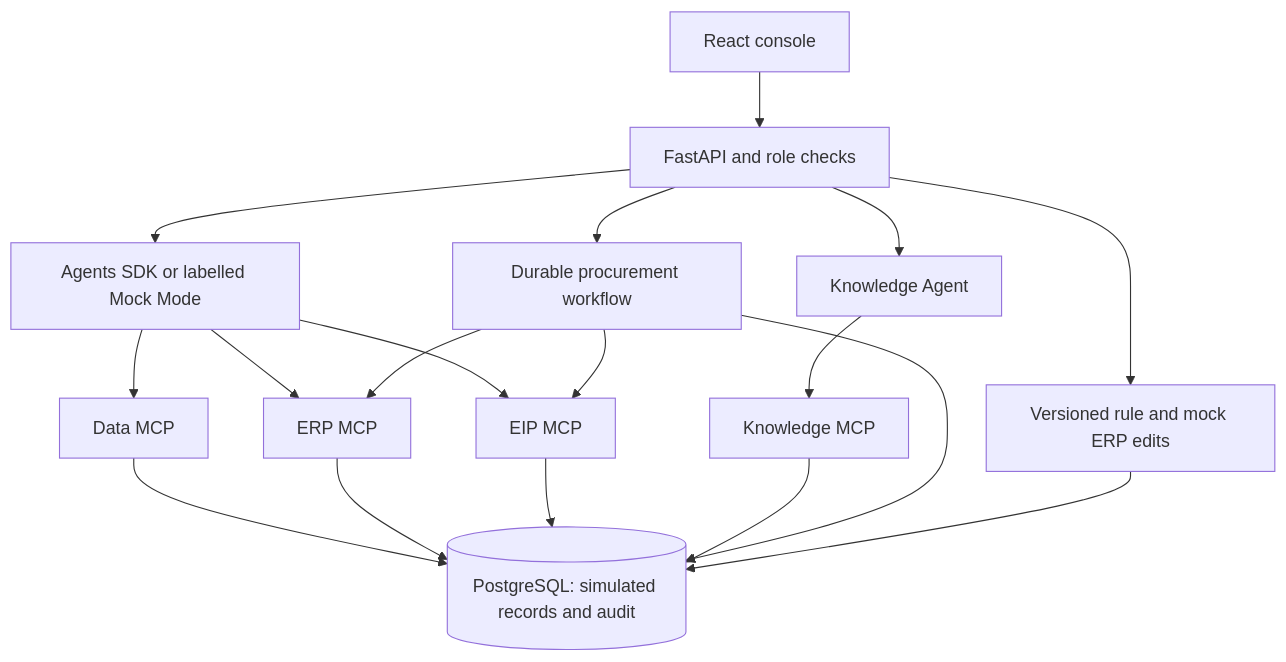
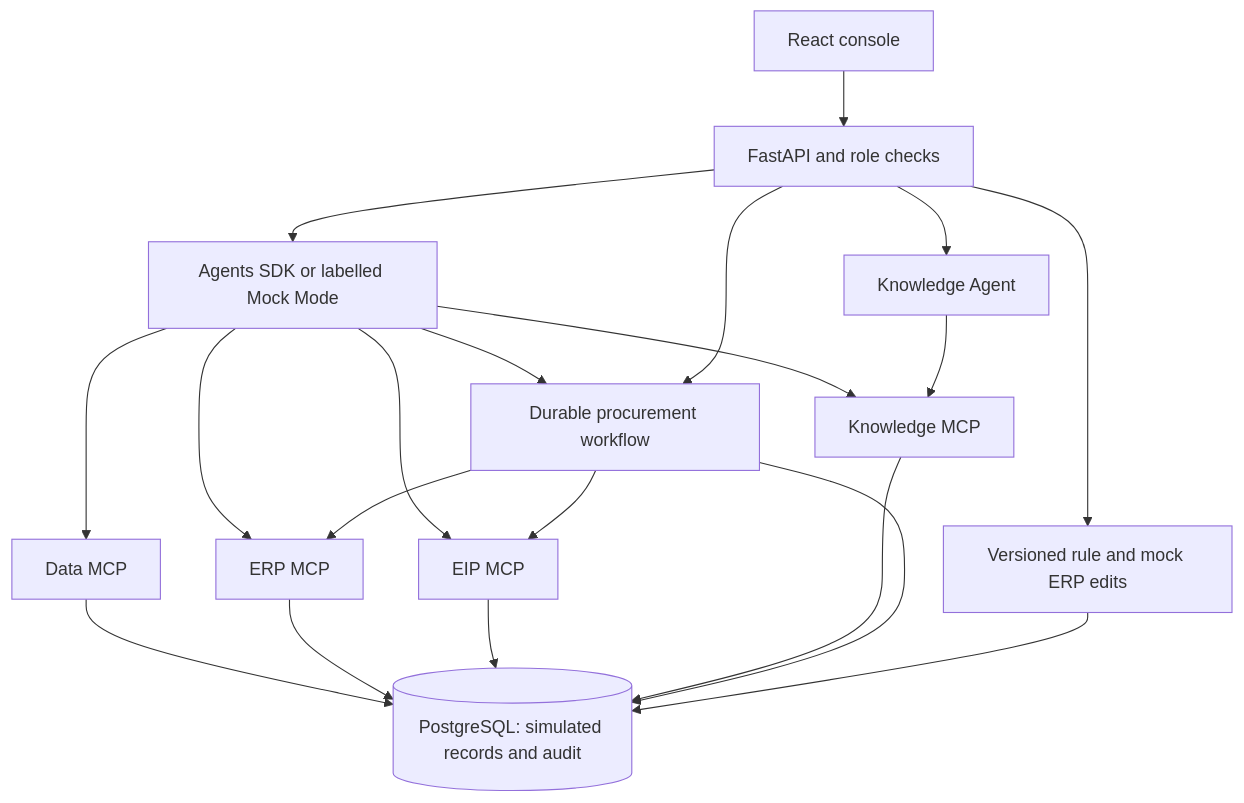
The diagram in README.md (3pwei/enterprise-ai-operations-hub-), drawn with Mermaid before and after one commit. The commit also changed other lines of this file and 12 other files, not shown here.

Commit message:
feat: orchestrate enterprise MCP tools with the operations agent

````diff
--- a/README.md
+++ b/README.md
@@ -21,18 +21,20 @@
 ```mermaid
 flowchart TD
   UI[React console] --> API[FastAPI and role checks]
   API --> Agent[Agents SDK or labelled Mock Mode]
   Agent --> Data[Data MCP]
   Agent --> ERP[ERP MCP]
   Agent --> EIP[EIP MCP]
+  Agent --> KMCP[Knowledge MCP]
+  Agent --> WF
   Data & ERP & EIP --> DB[(PostgreSQL: simulated records and audit)]
   API --> Knowledge[Knowledge Agent]
-  Knowledge --> KMCP[Knowledge MCP]
+  Knowledge --> KMCP
   KMCP --> DB
   API --> WF[Durable procurement workflow]
   WF --> ERP
   WF --> EIP
   WF --> DB
   API --> Catalog[Versioned rule and mock ERP edits]
   Catalog --> DB
 ```
````
